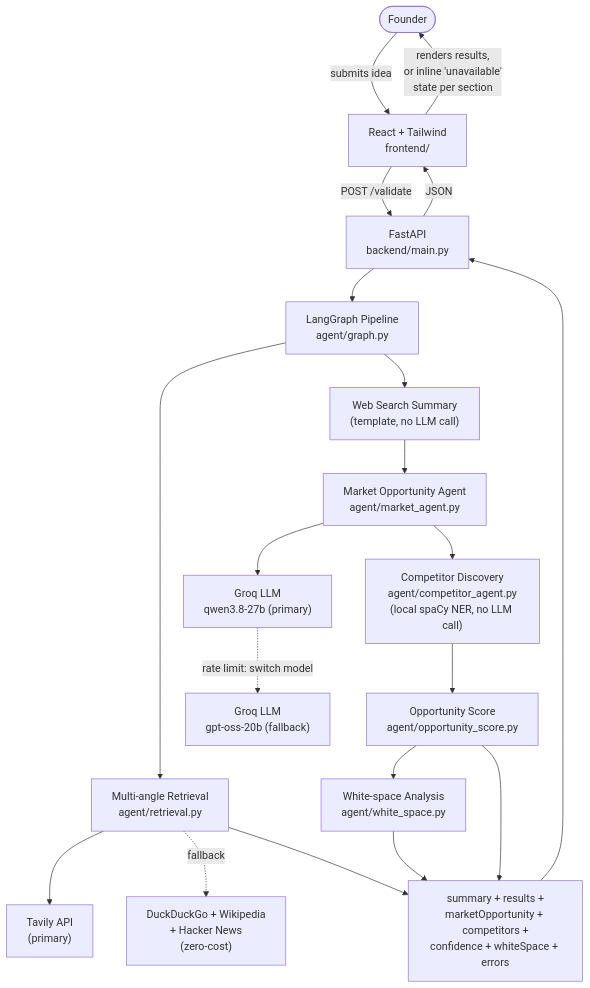
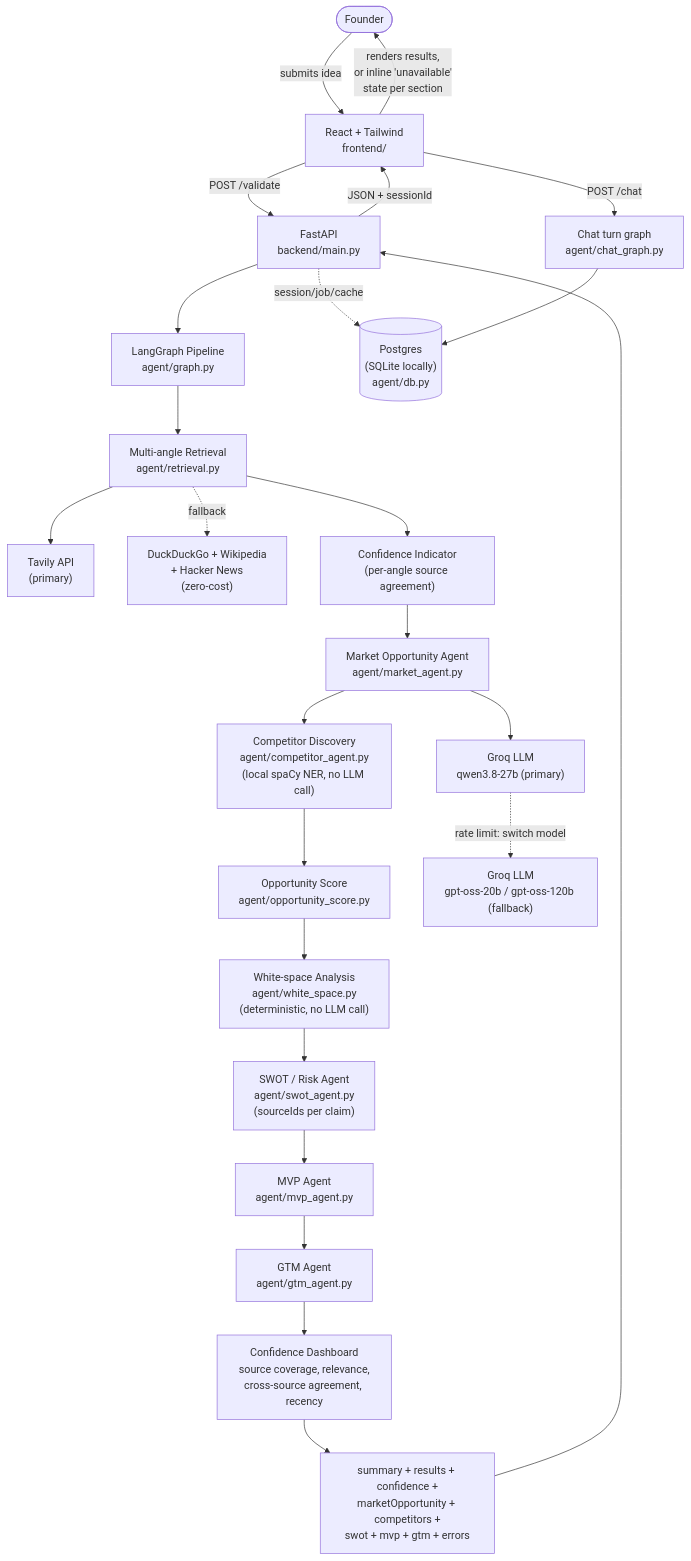
One commit to Yasaswini-ch/Development-of-AI-Based-Startup-Idea-Validator-with-Market-Analysis-Assistance changed the first of 2 diagrams in docs/architecture.md. Above: the diagram before and after it, drawn with Mermaid. The commit also changed other lines of this file and 5 other files, not shown here.

First line of the commit message:
docs: sync architecture/pipeline docs with the current codebase

````diff
--- a/docs/architecture.md
+++ b/docs/architecture.md
@@ -29,25 +28,32 @@
 ```mermaid
 flowchart TD
     User(["Founder"]) -->|submits idea| Frontend["React + Tailwind\nfrontend/"]
     Frontend -->|POST /validate| Backend["FastAPI\nbackend/main.py"]
     Backend --> Pipeline["LangGraph Pipeline\nagent/graph.py"]
 
     Pipeline --> Retrieval["Multi-angle Retrieval\nagent/retrieval.py"]
     Retrieval --> Tavily["Tavily API\n(primary)"]
     Retrieval -.fallback.-> Free["DuckDuckGo + Wikipedia\n+ Hacker News\n(zero-cost)"]
 
-    Pipeline --> WS["Web Search Summary\n(template, no LLM call)"]
-    WS --> MO["Market Opportunity Agent\nagent/market_agent.py"]
+    Retrieval --> Confidence["Confidence Indicator\n(per-angle source agreement)"]
+    Confidence --> MO["Market Opportunity Agent\nagent/market_agent.py"]
     MO --> CD["Competitor Discovery\nagent/competitor_agent.py\n(local spaCy NER, no LLM call)"]
     CD --> OS["Opportunity Score\nagent/opportunity_score.py"]
-    OS --> WA["White-space Analysis\nagent/white_space.py"]
+    OS --> WS["White-space Analysis\nagent/white_space.py\n(deterministic, no LLM call)"]
+    WS --> SWOT["SWOT / Risk Agent\nagent/swot_agent.py\n(sourceIds per claim)"]
+    SWOT --> MVP["MVP Agent\nagent/mvp_agent.py"]
+    MVP --> GTM["GTM Agent\nagent/gtm_agent.py"]
+    GTM --> ConfDash["Confidence Dashboard\nsource coverage, relevance,\ncross-source agreement, recency"]
+
     MO --> LLM["Groq LLM\nqwen3.8-27b (primary)"]
-    LLM -.rate limit: switch model.-> LLM2["Groq LLM\ngpt-oss-20b (fallback)"]
+    LLM -.rate limit: switch model.-> LLM2["Groq LLM\ngpt-oss-20b / gpt-oss-120b (fallback)"]
 
-    Retrieval --> Response["summary + results +\nmarketOpportunity + competitors +\nconfidence + whiteSpace + errors"]
-    WA --> Response
-    OS --> Response
+    ConfDash --> Response["summary + results + confidence +\nmarketOpportunity + competitors +\nswot + mvp + gtm + errors"]
     Response --> Backend
-    Backend -->|JSON| Frontend
+    Backend -->|JSON + sessionId| Frontend
     Frontend -->|renders results,\nor inline 'unavailable'\nstate per section| User
+
+    Backend -.session/job/cache.-> DB[("Postgres\n(SQLite locally)\nagent/db.py")]
+    Frontend -->|POST /chat| ChatGraph["Chat turn graph\nagent/chat_graph.py"]
+    ChatGraph --> DB
 ```
````
